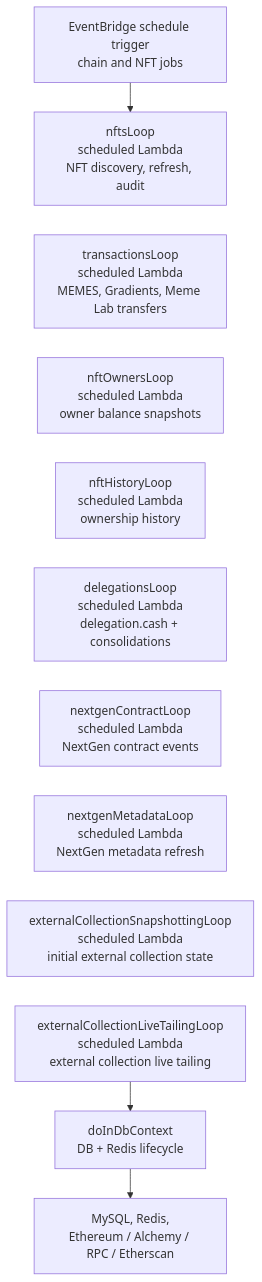
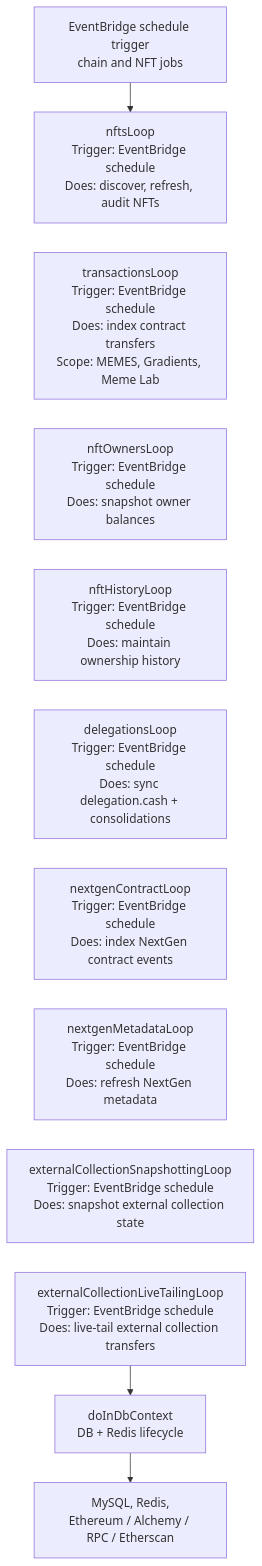
Before and after one commit to 6529-Collections/6529seize-backend: the second of 16 diagrams in docs/architecture.md, drawn with Mermaid. The commit also changed other lines of this file, not shown here.

````diff
--- a/docs/architecture.md
+++ b/docs/architecture.md
@@ -42,23 +42,23 @@
 ```mermaid
 %%{init: {"flowchart": {"nodeSpacing": 24, "rankSpacing": 40, "curve": "basis"}} }%%
 flowchart TD
-  ChainSchedules["EventBridge schedule trigger<br/>chain and NFT jobs"] --> NftsLoop["nftsLoop<br/>scheduled Lambda<br/>NFT discovery, refresh, audit"]
-  TransactionsLoop["transactionsLoop<br/>scheduled Lambda<br/>MEMES, Gradients, Meme Lab transfers"]
-  NftOwnersLoop["nftOwnersLoop<br/>scheduled Lambda<br/>owner balance snapshots"]
-  NftHistoryLoop["nftHistoryLoop<br/>scheduled Lambda<br/>ownership history"]
-  DelegationsLoop["delegationsLoop<br/>scheduled Lambda<br/>delegation.cash + consolidations"]
-  NextgenContractLoop["nextgenContractLoop<br/>scheduled Lambda<br/>NextGen contract events"]
-  NextgenMetadataLoop["nextgenMetadataLoop<br/>scheduled Lambda<br/>NextGen metadata refresh"]
-  ExternalSnapshotLoop["externalCollectionSnapshottingLoop<br/>scheduled Lambda<br/>initial external collection state"]
-  ExternalLiveTailLoop["externalCollectionLiveTailingLoop<br/>scheduled Lambda<br/>external collection live tailing"]
+  ChainSchedules["EventBridge schedule trigger<br/>chain and NFT jobs"] --> NftsLoop["nftsLoop<br/>Trigger: EventBridge schedule<br/>Does: discover, refresh, audit NFTs"]
+  TransactionsLoop["transactionsLoop<br/>Trigger: EventBridge schedule<br/>Does: index contract transfers<br/>Scope: MEMES, Gradients, Meme Lab"]
+  NftOwnersLoop["nftOwnersLoop<br/>Trigger: EventBridge schedule<br/>Does: snapshot owner balances"]
+  NftHistoryLoop["nftHistoryLoop<br/>Trigger: EventBridge schedule<br/>Does: maintain ownership history"]
+  DelegationsLoop["delegationsLoop<br/>Trigger: EventBridge schedule<br/>Does: sync delegation.cash + consolidations"]
+  NextgenContractLoop["nextgenContractLoop<br/>Trigger: EventBridge schedule<br/>Does: index NextGen contract events"]
+  NextgenMetadataLoop["nextgenMetadataLoop<br/>Trigger: EventBridge schedule<br/>Does: refresh NextGen metadata"]
+  ExternalSnapshotLoop["externalCollectionSnapshottingLoop<br/>Trigger: EventBridge schedule<br/>Does: snapshot external collection state"]
+  ExternalLiveTailLoop["externalCollectionLiveTailingLoop<br/>Trigger: EventBridge schedule<br/>Does: live-tail external collection transfers"]
   NftsLoop ~~~ TransactionsLoop
   TransactionsLoop ~~~ NftOwnersLoop
   NftOwnersLoop ~~~ NftHistoryLoop
   NftHistoryLoop ~~~ DelegationsLoop
   DelegationsLoop ~~~ NextgenContractLoop
   NextgenContractLoop ~~~ NextgenMetadataLoop
   NextgenMetadataLoop ~~~ ExternalSnapshotLoop
   ExternalSnapshotLoop ~~~ ExternalLiveTailLoop
   ExternalLiveTailLoop --> ChainRuntime["doInDbContext<br/>DB + Redis lifecycle"]
   ChainRuntime --> ChainExternal["MySQL, Redis,<br/>Ethereum / Alchemy / RPC / Etherscan"]
 ```
````
